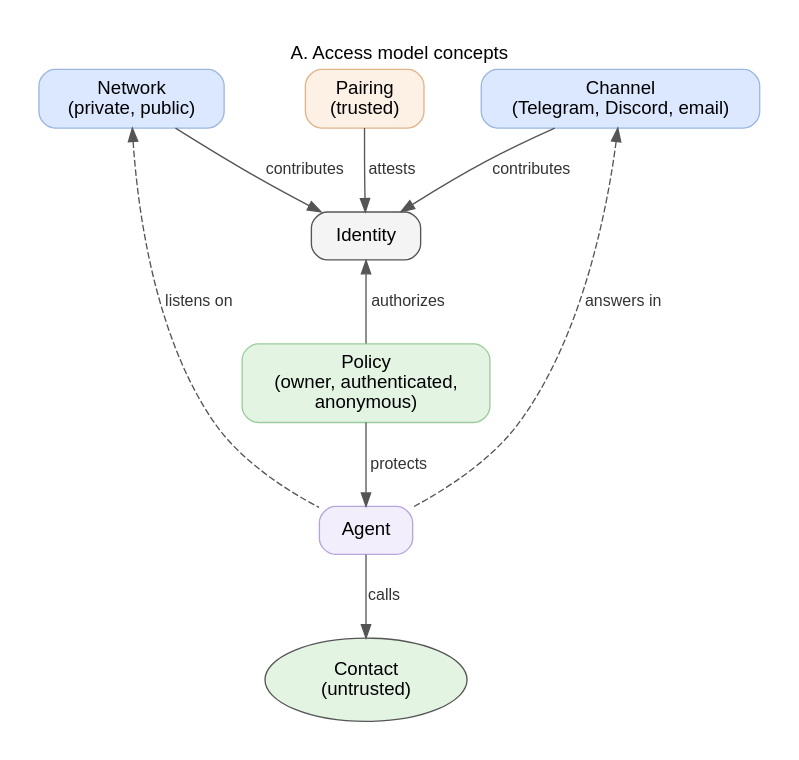
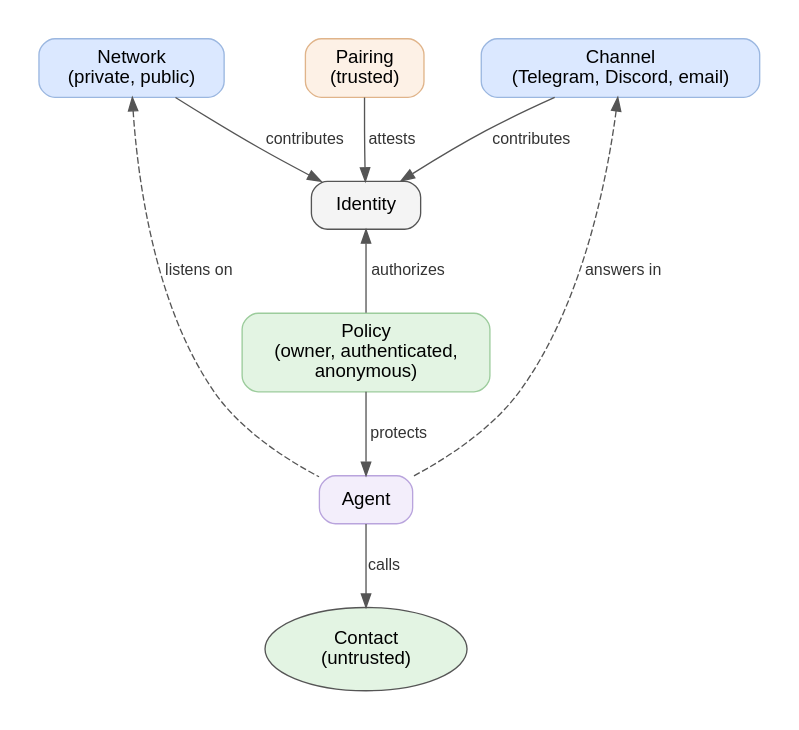
One commit to a2aproject/a2a-serve changed the diagram in docs/graphs/access-model-concepts.dot. Above: the diagram before and after it, drawn with Graphviz. The commit also changed 77 other files, not shown here.

```diff
--- a/docs/graphs/access-model-concepts.dot
+++ b/docs/graphs/access-model-concepts.dot
@@ -1,28 +1,27 @@
-// A. Concepts: the entities of the access model and how they relate.
+// Concepts: the entities of the access model and how they relate.
 // Render: docs/graphs/render.sh access-model-concepts.dot
 digraph concepts {
   rankdir=TB;
-  graph [fontname="Helvetica", fontsize=14, nodesep=0.6, ranksep=0.7, pad=0.3, newrank=true,
-         label="A. Access model concepts", labelloc=t];
+  graph [fontname="Helvetica", fontsize=14, nodesep=0.6, ranksep=0.7, pad=0.3, newrank=true];
   node  [fontname="Helvetica", fontsize=14, shape=box, style="rounded,filled", fillcolor="#ffffff", color="#555555", margin="0.2,0.1"];
   edge  [fontname="Helvetica", fontsize=12, color="#555555", fontcolor="#333333"];
 
   { rank=same;
     Network [label="Network\n(private, public)", fillcolor="#dbe8ff", color="#9bb7e0"];
     Channel [label="Channel\n(Telegram, Discord, email)", fillcolor="#dbe8ff", color="#9bb7e0"];
     Pairing [label="Pairing\n(trusted)", fillcolor="#fdf1e6", color="#e0b48a"];
   }
   Identity [fillcolor="#f4f4f4"];
   Policy   [label="Policy\n(owner, authenticated,\nanonymous)", fillcolor="#e3f4e3", color="#9ccc9c"];
   Agent    [fillcolor="#f3eefb", color="#b9a4dd"];
   Contact  [label="Contact\n(untrusted)", shape=ellipse, fillcolor="#e3f4e3"];
 
   Network -> Identity [label="contributes"];
   Channel -> Identity [label="contributes"];
   Pairing -> Identity [label="attests"];
   Identity -> Policy  [dir=back, label="authorizes"];
   Policy  -> Agent    [label="protects"];
   Agent   -> Contact  [label="calls"];
   Network -> Agent    [dir=back, style=dashed, label="listens on"];
   Channel -> Agent    [dir=back, style=dashed, label="answers in"];
 }
```
